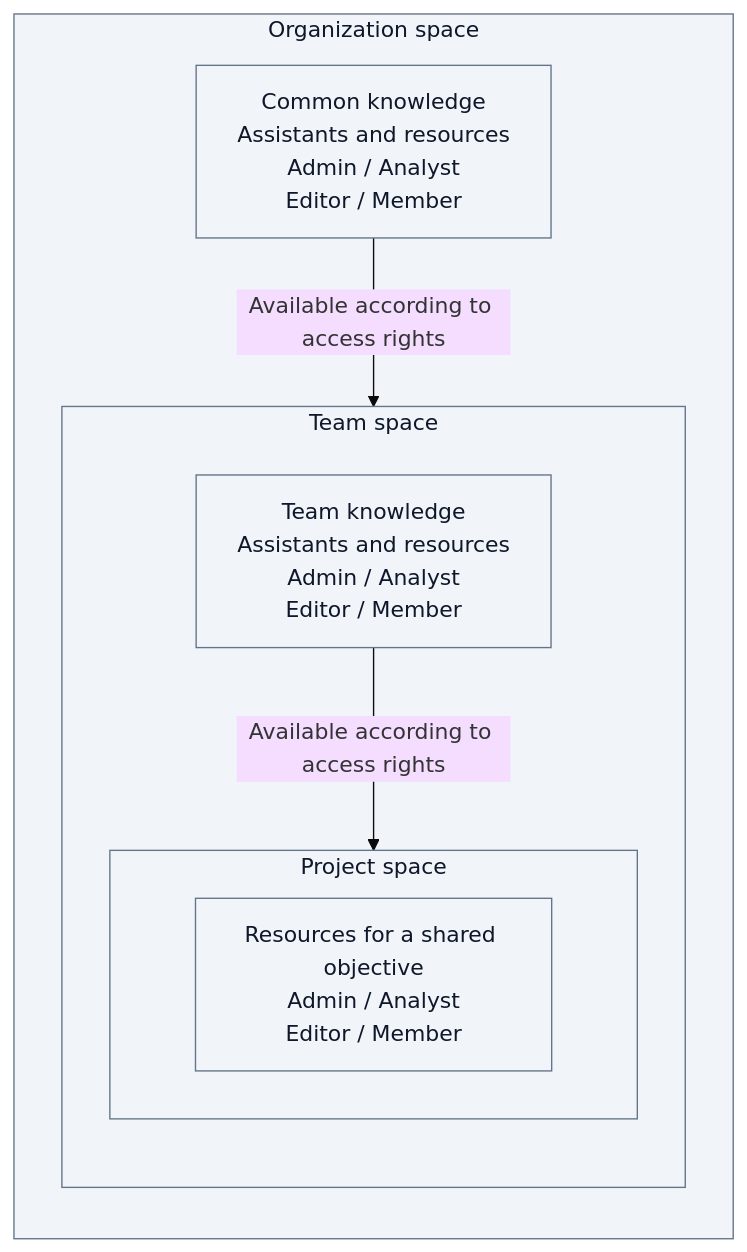
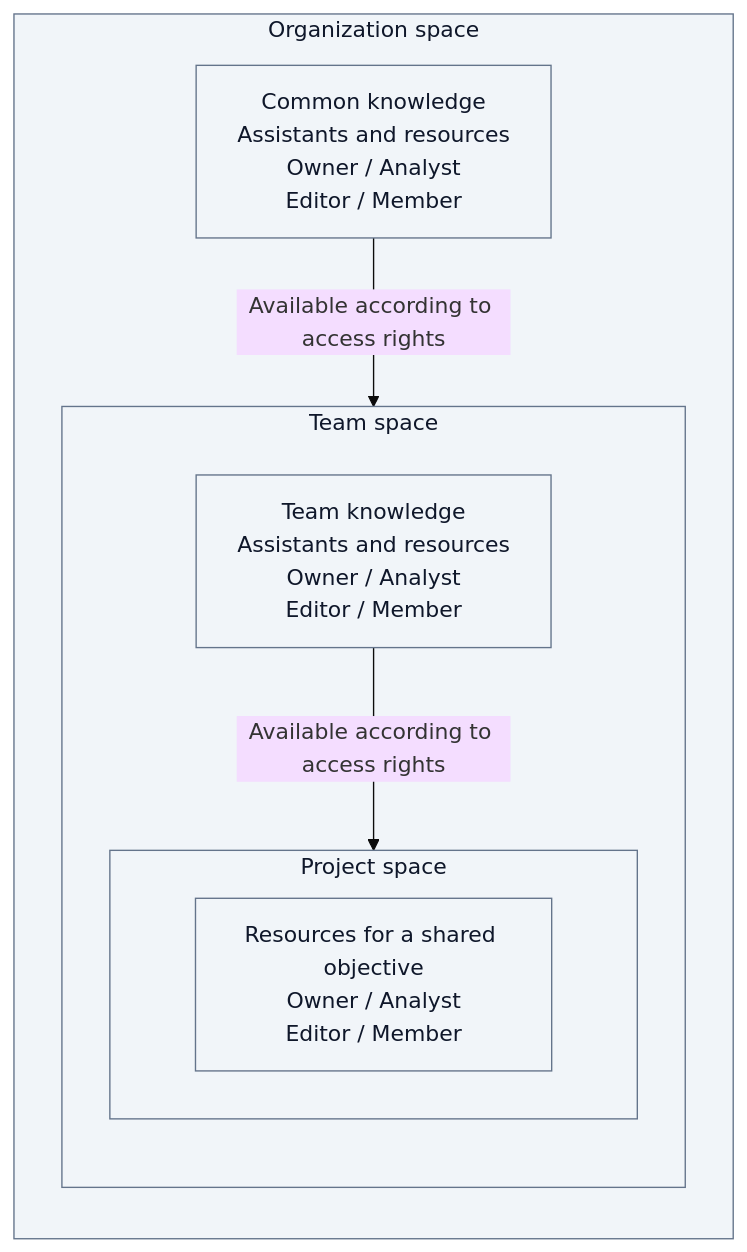
Before and after one commit to ThalesGroup/fred: the second of 2 diagrams in docs/architecture/00-introduction.md, drawn with Mermaid (base theme). The commit also changed other lines of this file and 15 other files, not shown here.

````diff
--- a/docs/architecture/00-introduction.md
+++ b/docs/architecture/00-introduction.md
@@ -53,22 +53,22 @@
 ```mermaid
 flowchart TB
     subgraph organization["Organization space"]
         direction TB
-        common["Common knowledge<br/>Assistants and resources<br/>Admin / Analyst<br/>Editor / Member"]
+        common["Common knowledge<br/>Assistants and resources<br/>Owner / Analyst<br/>Editor / Member"]
 
         subgraph team["Team space"]
             direction TB
-            shared["Team knowledge<br/>Assistants and resources<br/>Admin / Analyst<br/>Editor / Member"]
+            shared["Team knowledge<br/>Assistants and resources<br/>Owner / Analyst<br/>Editor / Member"]
 
             subgraph project["Project space"]
-                focused["Resources for a shared objective<br/>Admin / Analyst<br/>Editor / Member"]
+                focused["Resources for a shared objective<br/>Owner / Analyst<br/>Editor / Member"]
             end
         end
 
         common -->|"Available according to access rights"| team
         shared -->|"Available according to access rights"| project
     end
 
     classDef neutral fill:#F1F5F9,stroke:#64748B,color:#0F172A
     class common,shared,focused,organization,team,project neutral
 ```
````
